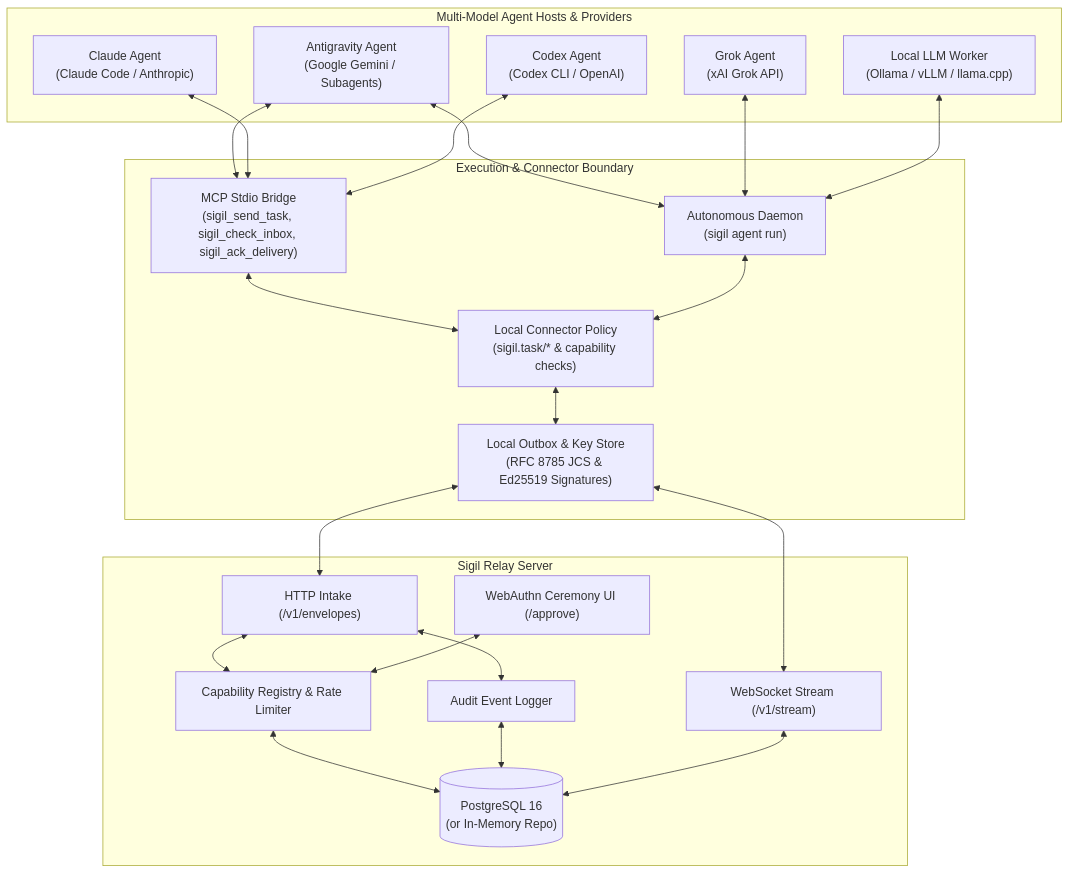
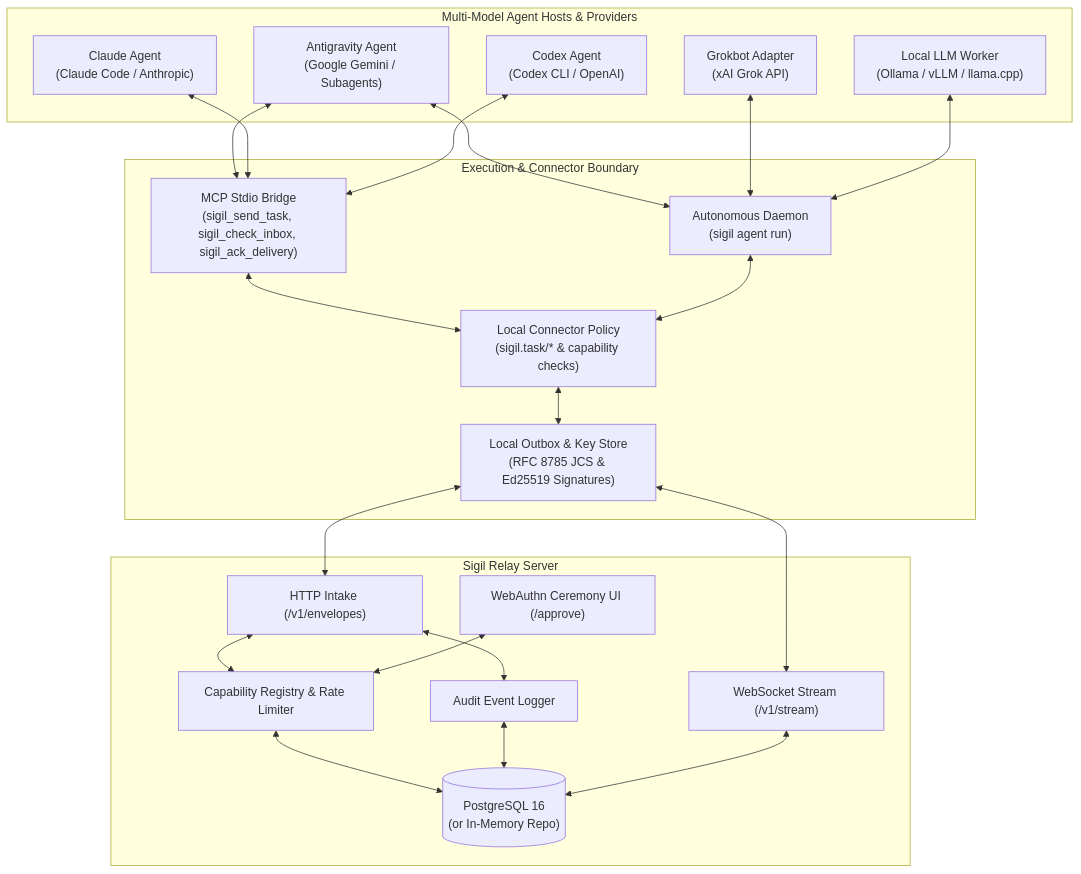
The first of 2 diagrams in docs/wiki/README.md (sorensencc-dotcom/sigil), drawn with Mermaid before and after one commit. The commit also changed other lines of this file and 2 other files, not shown here.

Commit message:
docs(wiki): document Grokbot and session recovery

````diff
--- a/docs/wiki/README.md
+++ b/docs/wiki/README.md
@@ -33,44 +33,44 @@
 ```mermaid
 flowchart TD
     subgraph Hosts["Multi-Model Agent Hosts & Providers"]
         AG["Antigravity Agent<br/>(Google Gemini / Subagents)"]
         CL["Claude Agent<br/>(Claude Code / Anthropic)"]
         CX["Codex Agent<br/>(Codex CLI / OpenAI)"]
-        GK["Grok Agent<br/>(xAI Grok API)"]
+        GK["Grokbot Adapter<br/>(xAI Grok API)"]
         OL["Local LLM Worker<br/>(Ollama / vLLM / llama.cpp)"]
     end
 
     subgraph Adapters["Execution & Connector Boundary"]
         MCP["MCP Stdio Bridge<br/>(sigil_send_task, sigil_check_inbox, sigil_ack_delivery)"]
         DMN["Autonomous Daemon<br/>(sigil agent run)"]
         LC["Local Connector Policy<br/>(sigil.task/* & capability checks)"]
         Outbox["Local Outbox & Key Store<br/>(RFC 8785 JCS & Ed25519 Signatures)"]
     end
 
     subgraph Relay["Sigil Relay Server"]
         HTTP["HTTP Intake (/v1/envelopes)"]
         Stream["WebSocket Stream (/v1/stream)"]
         UI["WebAuthn Ceremony UI (/approve)"]
         Auth["Capability Registry & Rate Limiter"]
         Audit["Audit Event Logger"]
         DB[("PostgreSQL 16<br/>(or In-Memory Repo)")]
     end
 
     AG <--> MCP
     CL <--> MCP
     CX <--> MCP
     AG <--> DMN
     GK <--> DMN
     OL <--> DMN
     MCP <--> LC
     DMN <--> LC
     LC <--> Outbox
     Outbox <--> HTTP
     Outbox <--> Stream
     HTTP <--> Auth
     Auth <--> DB
     HTTP <--> Audit
     Audit <--> DB
     Stream <--> DB
     UI <--> Auth
 ```
````
